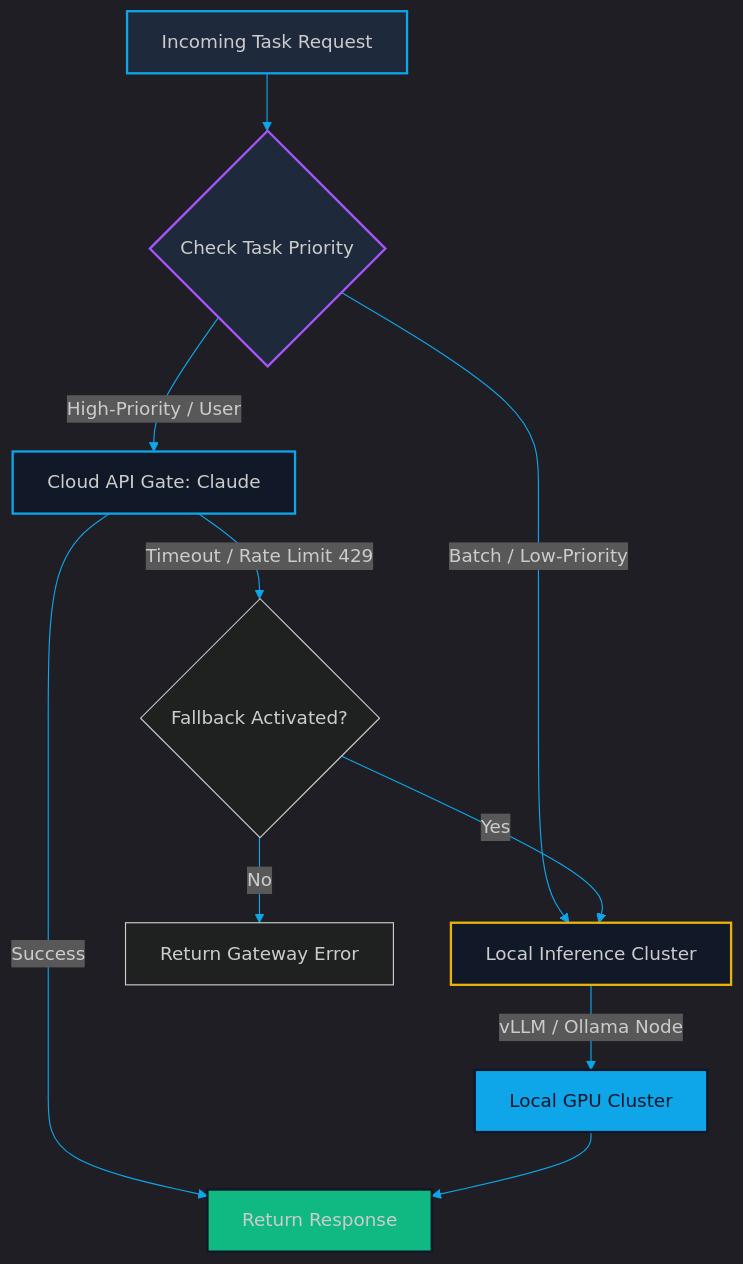
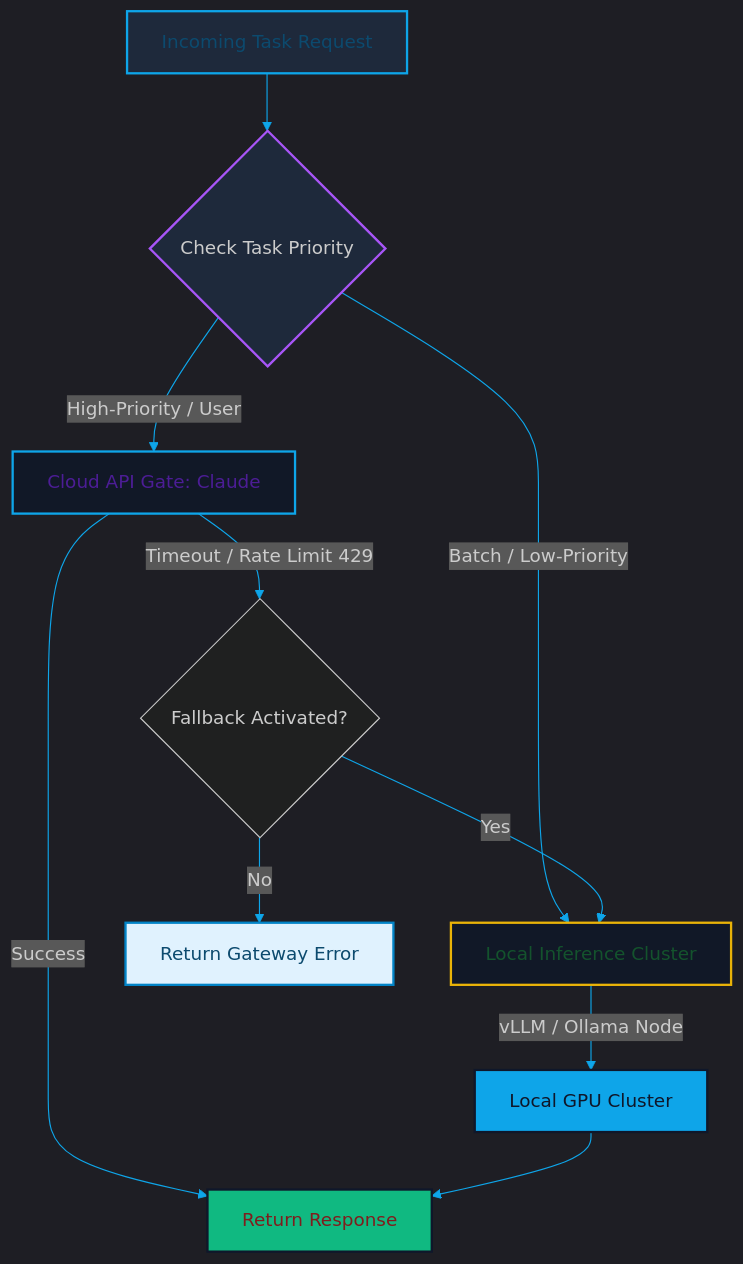
The diagram in blog/posts/local-llm-scaling-runtimes-vllm-ollama.md (akmalkhaniub/akmalkhaniub.github.io), drawn with Mermaid before and after one commit. The commit also changed other lines of this file and 1291 other files, not shown here.

First line of the commit message:
feat(catalog): unique covers, scholarly references, and diagram palettes

````diff
--- a/blog/posts/local-llm-scaling-runtimes-vllm-ollama.md
+++ b/blog/posts/local-llm-scaling-runtimes-vllm-ollama.md
@@ -27,24 +27,35 @@
 ```mermaid
 %%{init: {'theme': 'dark', 'themeVariables': { 'primaryColor': '#0ea5e9', 'primaryTextColor': '#f3f4f6', 'primaryBorderColor': '#38bdf8', 'lineColor': '#0ea5e9', 'secondaryColor': '#111827', 'tertiaryColor': '#111827'}}}%%
 flowchart TD
-    A[Incoming Task Request] --> B{Check Task Priority}
+    A["Incoming Task Request"] --> B{Check Task Priority}
     
-    B -->|Batch / Low-Priority| C[Local Inference Cluster]
-    B -->|High-Priority / User| D[Cloud API Gate: Claude]
+    B -->|Batch / Low-Priority| C["Local Inference Cluster"]
+    B -->|High-Priority / User| D["Cloud API Gate: Claude"]
     
-    C -->|vLLM / Ollama Node| E[Local GPU Cluster]
+    C -->|vLLM / Ollama Node| E["Local GPU Cluster"]
     
-    D -->|Success| F[Return Response]
+    D -->|Success| F["Return Response"]
     D -->|Timeout / Rate Limit 429| G{Fallback Activated?}
     G -->|Yes| C
-    G -->|No| H[Return Gateway Error]
+    G -->|No| H["Return Gateway Error"]
     
     E --> F
 
     style A fill:#1e293b,stroke:#0ea5e9,stroke-width:2px
     style B fill:#1e293b,stroke:#a855f7,stroke-width:2px
     style C fill:#111827,stroke:#eab308,stroke-width:2px
     style D fill:#111827,stroke:#0ea5e9,stroke-width:2px
     style E fill:#0ea5e9,stroke:#0f172a,stroke-width:2px,color:#0f172a
     style F fill:#10b981,stroke:#0f172a,stroke-width:2px
+
+classDef green fill:#dcfce7,stroke:#16a34a,stroke-width:2px,color:#14532d;
+classDef red fill:#fee2e2,stroke:#dc2626,stroke-width:2px,color:#7f1d1d;
+classDef blue fill:#e0f2fe,stroke:#0284c7,stroke-width:2px,color:#0c4a6e;
+classDef yellow fill:#fef3c7,stroke:#d97706,stroke-width:2px,color:#78350f;
+classDef purple fill:#ede9fe,stroke:#7c3aed,stroke-width:2px,color:#4c1d95;
+class A,H blue
+class C green
+class D purple
+class E yellow
+class F red
 ```
````
